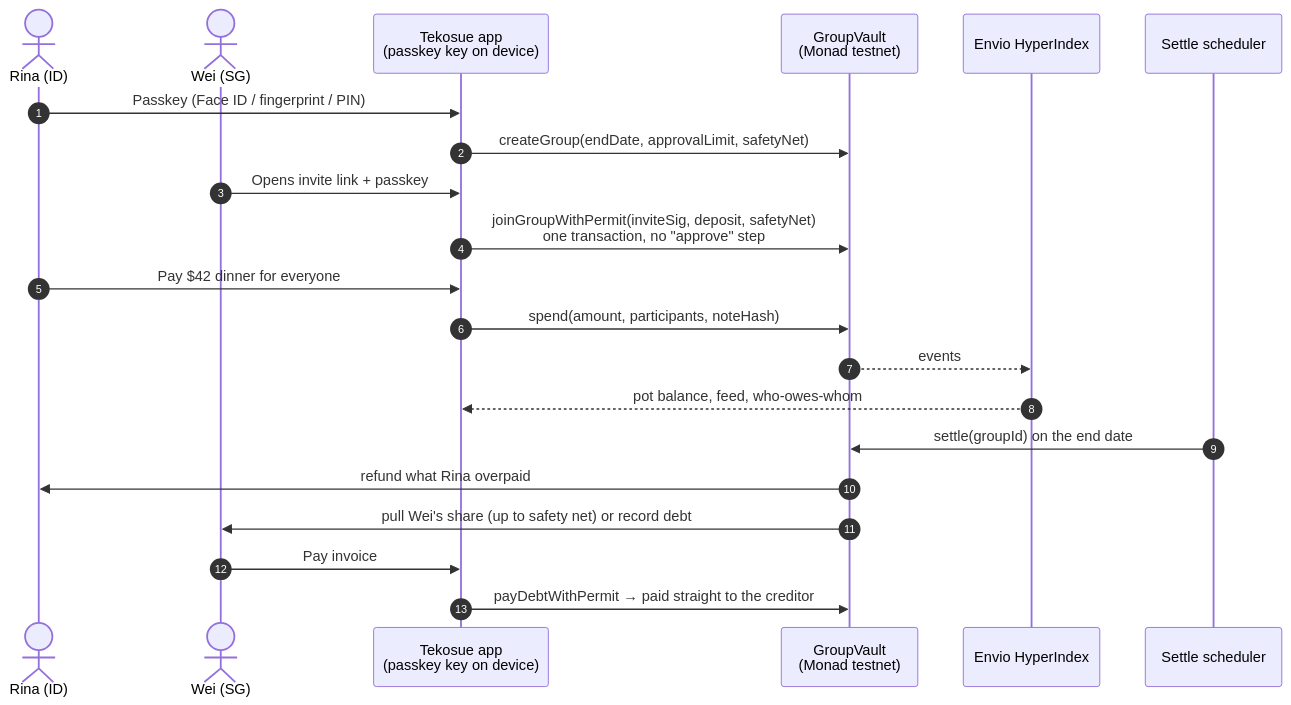
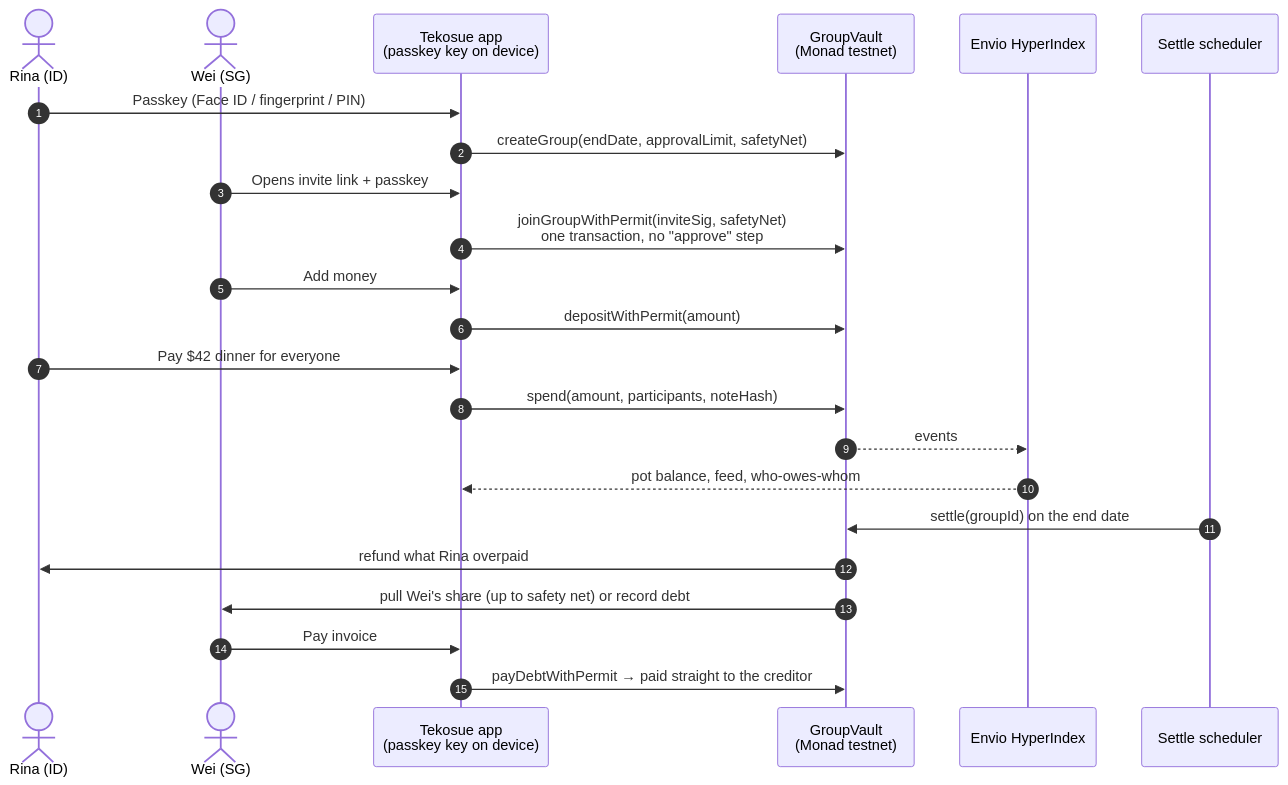
Before and after one commit to sewunodetech/tekosue: the sixth of 13 diagrams in README.md, drawn with Mermaid. The commit also changed other lines of this file and 1 other file, not shown here.

First line of the commit message:
docs: align README and STATUS with the app after PR #36

````diff
--- a/README.md
+++ b/README.md
@@ -164,24 +166,26 @@
 ```mermaid
 sequenceDiagram
     autonumber
     actor R as Rina (ID)
     actor W as Wei (SG)
     participant App as Tekosue app<br/>(passkey key on device)
     participant V as GroupVault<br/>(Monad testnet)
     participant E as Envio HyperIndex
     participant S as Settle scheduler
 
     R->>App: Passkey (Face ID / fingerprint / PIN)
     App->>V: createGroup(endDate, approvalLimit, safetyNet)
     W->>App: Opens invite link + passkey
-    App->>V: joinGroupWithPermit(inviteSig, deposit, safetyNet)<br/>one transaction, no "approve" step
+    App->>V: joinGroupWithPermit(inviteSig, safetyNet)<br/>one transaction, no "approve" step
+    W->>App: Add money
+    App->>V: depositWithPermit(amount)
     R->>App: Pay $42 dinner for everyone
     App->>V: spend(amount, participants, noteHash)
     V-->>E: events
     E-->>App: pot balance, feed, who-owes-whom
     S->>V: settle(groupId) on the end date
     V->>R: refund what Rina overpaid
     V->>W: pull Wei's share (up to safety net) or record debt
     W->>App: Pay invoice
     App->>V: payDebtWithPermit → paid straight to the creditor
 ```
````
